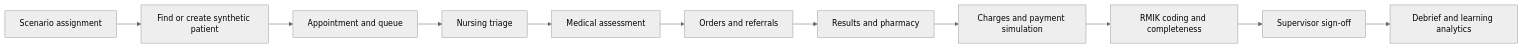
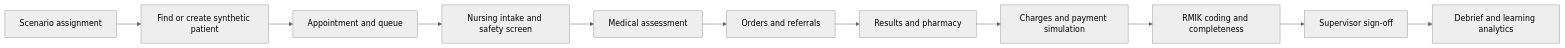
One commit to danielhappyg/simrs-campus-ueu changed the first of 2 diagrams in docs/SIMRS_CAMPUS_MASTER_PLAN.md. Above: the diagram before and after it, drawn with Mermaid (neutral theme). The commit also changed other lines of this file and 10 other files, not shown here.

````diff
--- a/docs/SIMRS_CAMPUS_MASTER_PLAN.md
+++ b/docs/SIMRS_CAMPUS_MASTER_PLAN.md
@@ -202,13 +202,13 @@
 ```mermaid
 flowchart LR
   A[Scenario assignment] --> B[Find or create synthetic patient]
   B --> C[Appointment and queue]
-  C --> D[Nursing triage]
+  C --> D[Nursing intake and safety screen]
   D --> E[Medical assessment]
   E --> F[Orders and referrals]
   F --> G[Results and pharmacy]
   G --> H[Charges and payment simulation]
   H --> I[RMIK coding and completeness]
   I --> J[Supervisor sign-off]
   J --> K[Debrief and learning analytics]
 ```
````
